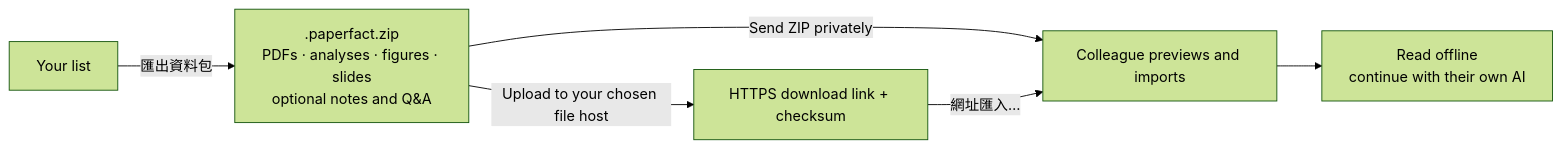
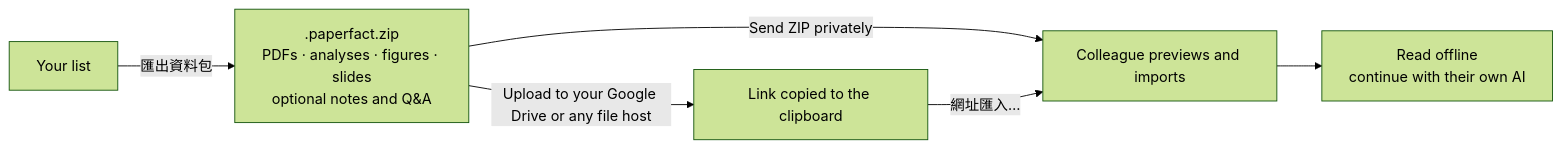
One commit to puddings-world/Paperfact changed the first of 2 diagrams in README.md. Above: the diagram before and after it, drawn with Mermaid (forest theme). The commit also changed other lines of this file and 66 other files, not shown here.

````diff
--- a/README.md
+++ b/README.md
@@ -127,8 +127,8 @@
 ```mermaid
 flowchart LR
     A["Your list"] -->|"匯出資料包"| B[".paperfact.zip<br/>PDFs · analyses · figures · slides<br/>optional notes and Q&A"]
     B -->|"Send ZIP privately"| C["Colleague previews and imports"]
-    B -->|"Upload to your chosen file host"| E["HTTPS download link + checksum"]
+    B -->|"Upload to your Google Drive or any file host"| E["Link copied to the clipboard"]
     E -->|"網址匯入…"| C
     C --> D["Read offline<br/>continue with their own AI"]
 ```
````
